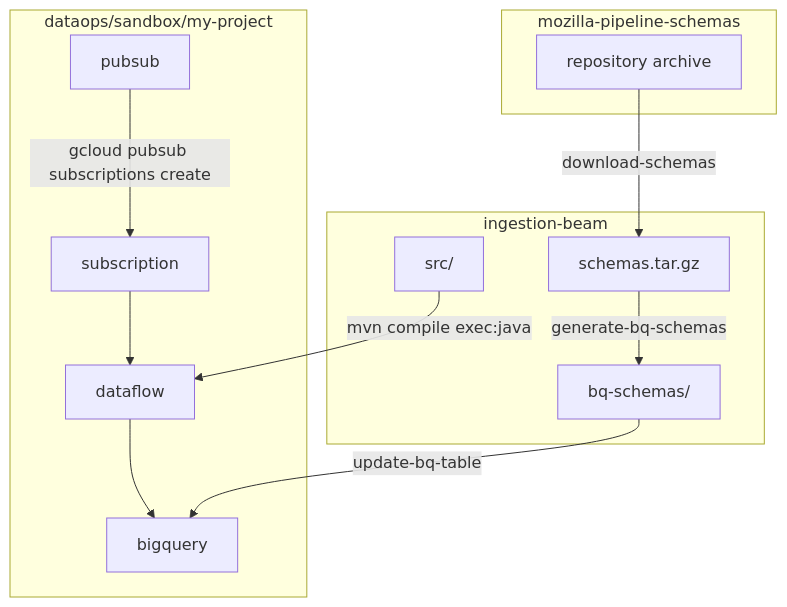
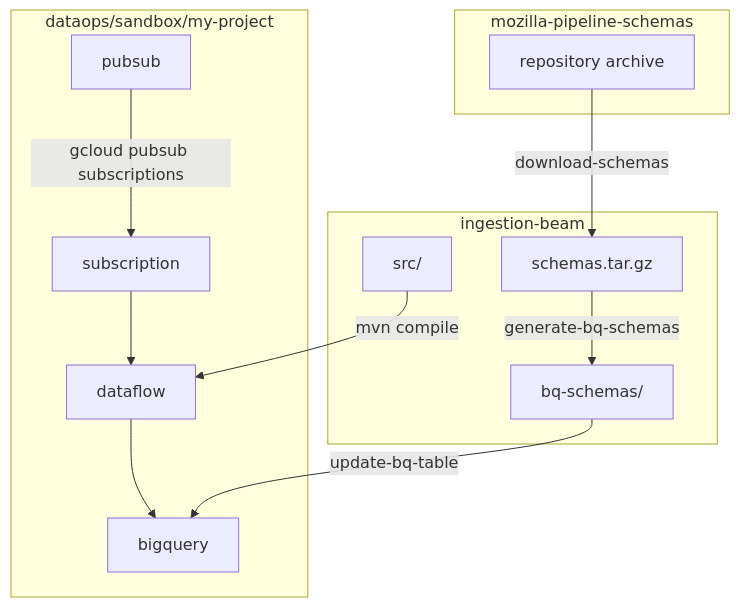
Before and after one commit to mozilla/gcp-ingestion: the diagram in docs/diagrams/workflow.mmd, drawn with Mermaid. The commit also changed 4 other files, not shown here.

Commit message:
Add a mermaid config file to the docs directory for overflow

```diff
--- a/docs/diagrams/workflow.mmd
+++ b/docs/diagrams/workflow.mmd
@@ -1,27 +1,27 @@
 graph TD
 
 subgraph dataops/sandbox/my-project
     dataflow
     bigquery
     pubsub
     subscription
 
-    pubsub --> |gcloud pubsub subscriptions create| subscription
+    pubsub --> |gcloud pubsub subscriptions| subscription
     subscription --> dataflow
     dataflow --> bigquery
 end
 
 subgraph mozilla-pipeline-schemas
     mps[repository archive]
 end
 
 subgraph ingestion-beam
     src[src/]
     schemas[schemas.tar.gz]
     bq-schemas[bq-schemas/]
 
-    src --> |mvn compile exec:java| dataflow
+    src --> |mvn compile| dataflow
     mps --> |download-schemas| schemas
     schemas --> |generate-bq-schemas| bq-schemas
     bq-schemas --> |update-bq-table| bigquery
 end
```
